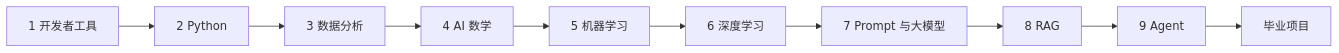
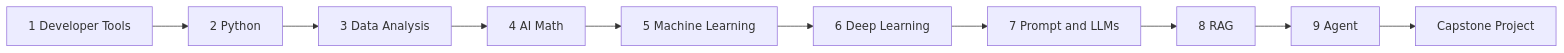
One commit to oudbiao/AI-fullstack-course changed the first of 4 diagrams in docs/intro/main-learning-routes.md. Above: the diagram before and after it, drawn with Mermaid. The commit also changed other lines of this file and 1406 other files, not shown here.

````diff
--- a/docs/intro/main-learning-routes.md
+++ b/docs/intro/main-learning-routes.md
@@ -31,12 +31,12 @@
 ```mermaid
 flowchart LR
-  A[1 开发者工具] --> B[2 Python]
-  B --> C[3 数据分析]
-  C --> D[4 AI 数学]
-  D --> E[5 机器学习]
-  E --> F[6 深度学习]
-  F --> G[7 Prompt 与大模型]
+  A[1 Developer Tools] --> B[2 Python]
+  B --> C[3 Data Analysis]
+  C --> D[4 AI Math]
+  D --> E[5 Machine Learning]
+  E --> F[6 Deep Learning]
+  F --> G[7 Prompt and LLMs]
   G --> H[8 RAG]
   H --> I[9 Agent]
-  I --> J[毕业项目]
+  I --> J[Capstone Project]
 ```
````
